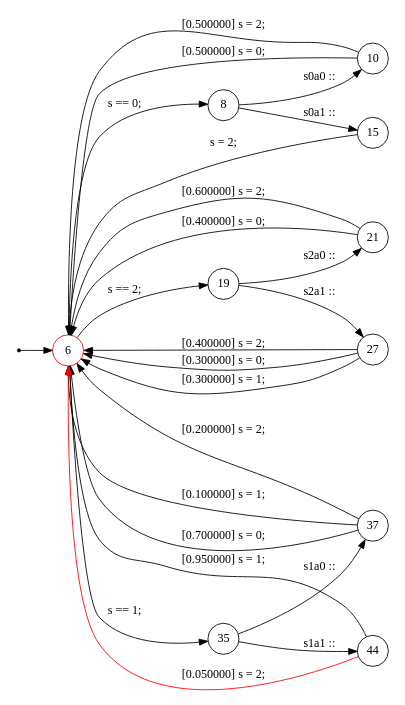
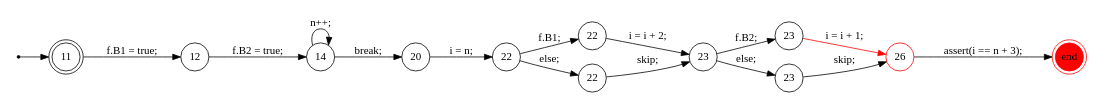
The diagram in trace/9.dot (samilazregsuidi/Daedalux), drawn with Graphviz before and after one commit. The commit also changed 118 other files, not shown here.

```diff
--- a/trace/9.dot
+++ b/trace/9.dot
@@ -1,39 +1,32 @@
 digraph finite_state_machine {
 	rankdir=LR
 	size="8,5"
-	93824993319552 [label = 6, shape = doublecircle, color = red, fixedsize = true]; 
-	s93824993319552 [shape = point];
-	 93824993319552 [label = 6, shape = circle, color = red, fixedsize = true ];
-	 93824993310416 [label = 8, shape = circle, fixedsize = true ];
-	 93824993310976 [label = 10, shape = circle, fixedsize = true ];
-	 93824993312496 [label = 15, shape = circle, fixedsize = true ];
-	 93824993312944 [label = 19, shape = circle, fixedsize = true ];
-	 93824993313712 [label = 21, shape = circle, fixedsize = true ];
-	 93824993315232 [label = 27, shape = circle, fixedsize = true ];
-	 93824993316688 [label = 35, shape = circle, fixedsize = true ];
-	 93824993317632 [label = 37, shape = circle, fixedsize = true ];
-	 93824993325184 [label = 44, shape = circle, fixedsize = true ];
-	s93824993319552 -> 93824993319552;
-	93824993319552 -> 93824993310416 [ label = "s == 0; "];
-	93824993310416 -> 93824993310976 [ label = "s0a0 :: "];
-	93824993310976 -> 93824993319552 [ label = " [0.500000] s = 0; "];
-	93824993310976 -> 93824993319552 [ label = " [0.500000] s = 2; "];
-	93824993310416 -> 93824993312496 [ label = "s0a1 :: "];
-	93824993312496 -> 93824993319552 [ label = "s = 2; "];
-	93824993319552 -> 93824993312944 [ label = "s == 2; "];
-	93824993312944 -> 93824993313712 [ label = "s2a0 :: "];
-	93824993313712 -> 93824993319552 [ label = " [0.400000] s = 0; "];
-	93824993313712 -> 93824993319552 [ label = " [0.600000] s = 2; "];
-	93824993312944 -> 93824993315232 [ label = "s2a1 :: "];
-	93824993315232 -> 93824993319552 [ label = " [0.400000] s = 2; "];
-	93824993315232 -> 93824993319552 [ label = " [0.300000] s = 0; "];
-	93824993315232 -> 93824993319552 [ label = " [0.300000] s = 1; "];
-	93824993319552 -> 93824993316688 [ label = "s == 1; "];
-	93824993316688 -> 93824993317632 [ label = "s1a0 :: "];
-	93824993317632 -> 93824993319552 [ label = " [0.100000] s = 1; "];
-	93824993317632 -> 93824993319552 [ label = " [0.700000] s = 0; "];
-	93824993317632 -> 93824993319552 [ label = " [0.200000] s = 2; "];
-	93824993316688 -> 93824993325184 [ label = "s1a1 :: "];
-	93824993325184 -> 93824993319552 [ label = " [0.950000] s = 1; "];
-	93824993325184 -> 93824993319552 [color = red, label = " [0.050000] s = 2; "];
+	94221791167440 [label = 11, shape = doublecircle, fixedsize = true]; 
+	s94221791167440 [shape = point];
+	e94221791163312 [shape = doublecircle, fixedsize = true, style = filled, color = red,  label = end];
+	 94221791159216 [label = 12, shape = circle, fixedsize = true ];
+	 94221791159296 [label = 14, shape = circle, fixedsize = true ];
+	 94221791160128 [label = 20, shape = circle, fixedsize = true ];
+	 94221791160448 [label = 22, shape = circle, fixedsize = true ];
+	 94221791161248 [label = 22, shape = circle, fixedsize = true ];
+	 94221791161968 [label = 22, shape = circle, fixedsize = true ];
+	 94221791161760 [label = 23, shape = circle, fixedsize = true ];
+	 94221791162800 [label = 23, shape = circle, fixedsize = true ];
+	 94221791163520 [label = 23, shape = circle, fixedsize = true ];
+	 94221791163312 [label = 26, shape = circle, color = red, fixedsize = true ];
+	s94221791167440 -> 94221791167440;
+	94221791167440 -> 94221791159216 [ label = "f.B1 = true; "];
+	94221791159216 -> 94221791159296 [ label = "f.B2 = true; "];
+	94221791159296 -> 94221791160128 [ label = "break; "];
+	94221791159296 -> 94221791159296 [ label = "n++; "];
+	94221791160128 -> 94221791160448 [ label = "i = n; "];
+	94221791160448 -> 94221791161248 [ label = "f.B1; "];
+	94221791161248 -> 94221791161760 [ label = "i = i + 2; "];
+	94221791160448 -> 94221791161968 [ label = "else; "];
+	94221791161968 -> 94221791161760 [ label = "skip; "];
+	94221791161760 -> 94221791162800 [ label = "f.B2; "];
+	94221791162800 -> 94221791163312 [color = red, label = "i = i + 1; "];
+	94221791161760 -> 94221791163520 [ label = "else; "];
+	94221791163520 -> 94221791163312 [ label = "skip; "];
+	94221791163312 -> e94221791163312 [ label = "assert(i == n + 3); "];
 }
```
